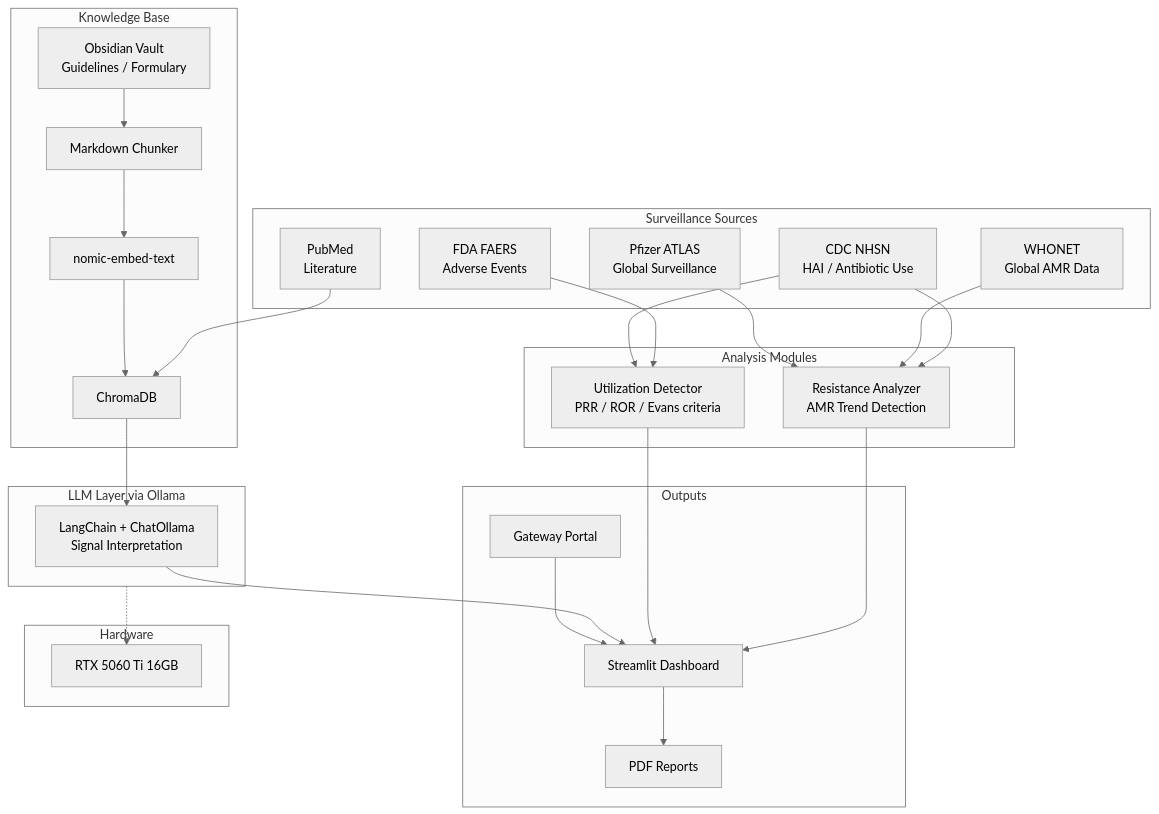
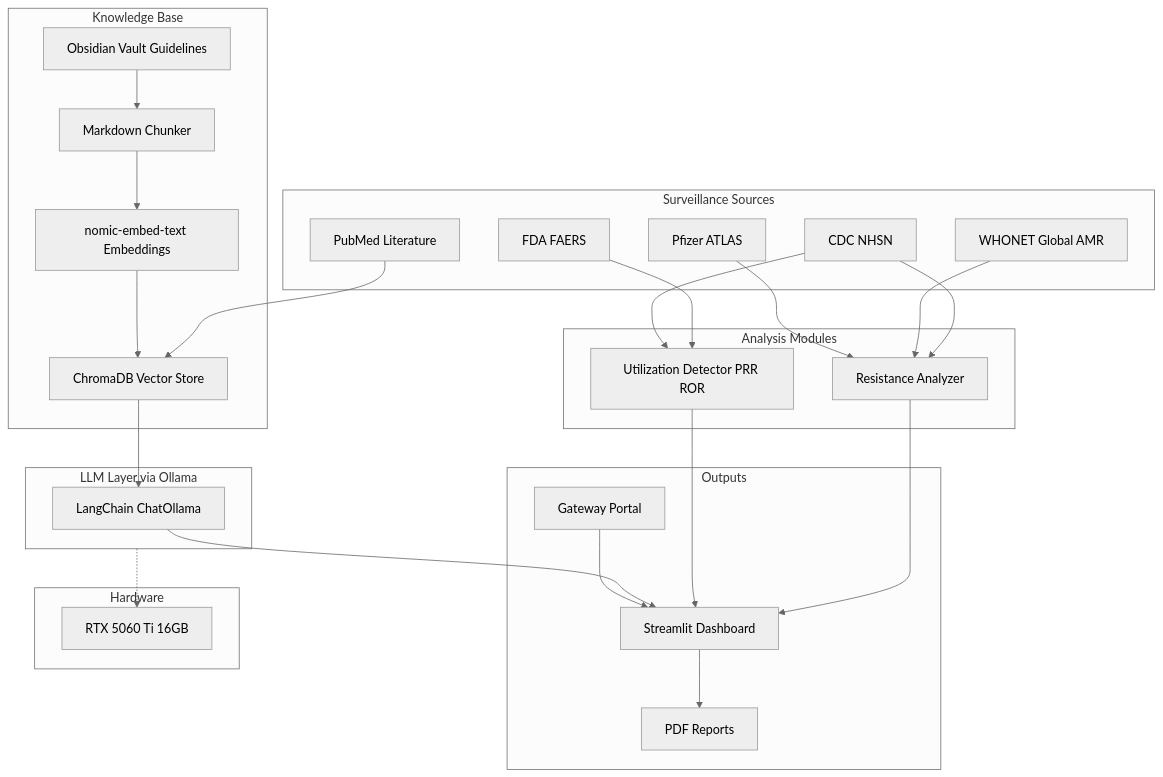
The diagram in README.md (molszewski423/ams-intelligence), drawn with Mermaid (neutral theme) before and after one commit.

Commit message:
Strip all special chars from Mermaid for mobile compat

````diff
--- a/README.md
+++ b/README.md
@@ -9,60 +9,51 @@
 ```mermaid
 graph TB
     subgraph Sources[Surveillance Sources]
-        NHSN[CDC NHSN
-HAI / Antibiotic Use]
-        FAERS[FDA FAERS
-Adverse Events]
-        WHONET[WHONET
-Global AMR Data]
-        PUBMED[PubMed
-Literature]
-        ATLAS[Pfizer ATLAS
-Global Surveillance]
+        NHSN[CDC NHSN]
+        FAERS[FDA FAERS]
+        WHONET[WHONET Global AMR]
+        PUBMED[PubMed Literature]
+        ATLAS[Pfizer ATLAS]
     end
 
     subgraph Vault[Knowledge Base]
-        VAULTMD[Obsidian Vault
-Guidelines / Formulary]
+        VAULTMD[Obsidian Vault Guidelines]
         Chunker[Markdown Chunker]
-        Embed[nomic-embed-text]
-        ChromaDB[ChromaDB]
+        Embed[nomic-embed-text Embeddings]
+        ChromaDB[ChromaDB Vector Store]
     end
 
     subgraph Analysis[Analysis Modules]
-        RES[Resistance Analyzer
-AMR Trend Detection]
-        UTIL[Utilization Detector
-PRR / ROR / Evans criteria]
+        RES[Resistance Analyzer]
+        UTIL[Utilization Detector PRR ROR]
     end
 
     subgraph LLM[LLM Layer via Ollama]
-        OLLAMA[LangChain + ChatOllama
-Signal Interpretation]
+        OLLAMA[LangChain ChatOllama]
     end
 
     subgraph Output[Outputs]
         DASH[Streamlit Dashboard]
         PDF[PDF Reports]
         GW[Gateway Portal]
     end
 
     NHSN --> RES
     WHONET --> RES
     ATLAS --> RES
     FAERS --> UTIL
     NHSN --> UTIL
     PUBMED --> ChromaDB
     VAULTMD --> Chunker --> Embed --> ChromaDB
     ChromaDB --> OLLAMA
     RES --> DASH
     UTIL --> DASH
     OLLAMA --> DASH
     DASH --> PDF
     GW --> DASH
 
     subgraph HW[Hardware]
         GPU[RTX 5060 Ti 16GB]
     end
     LLM -.-> GPU
 ```
````
